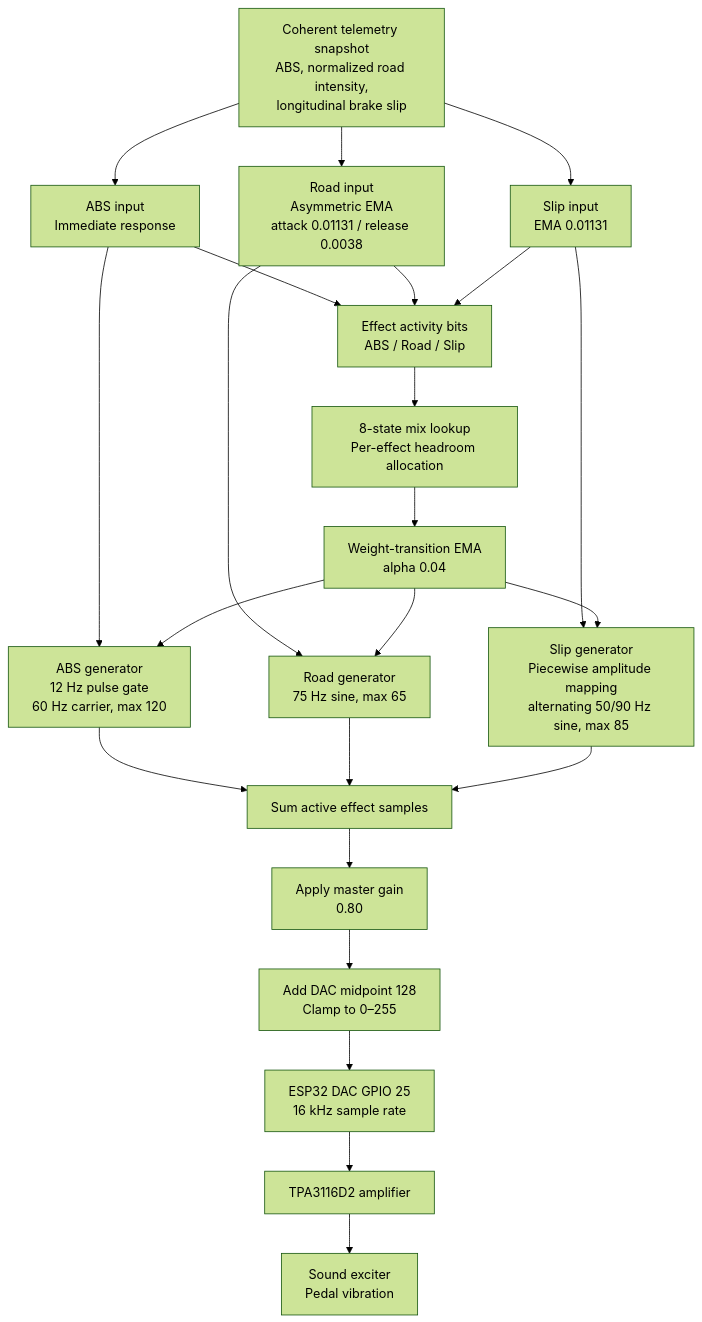
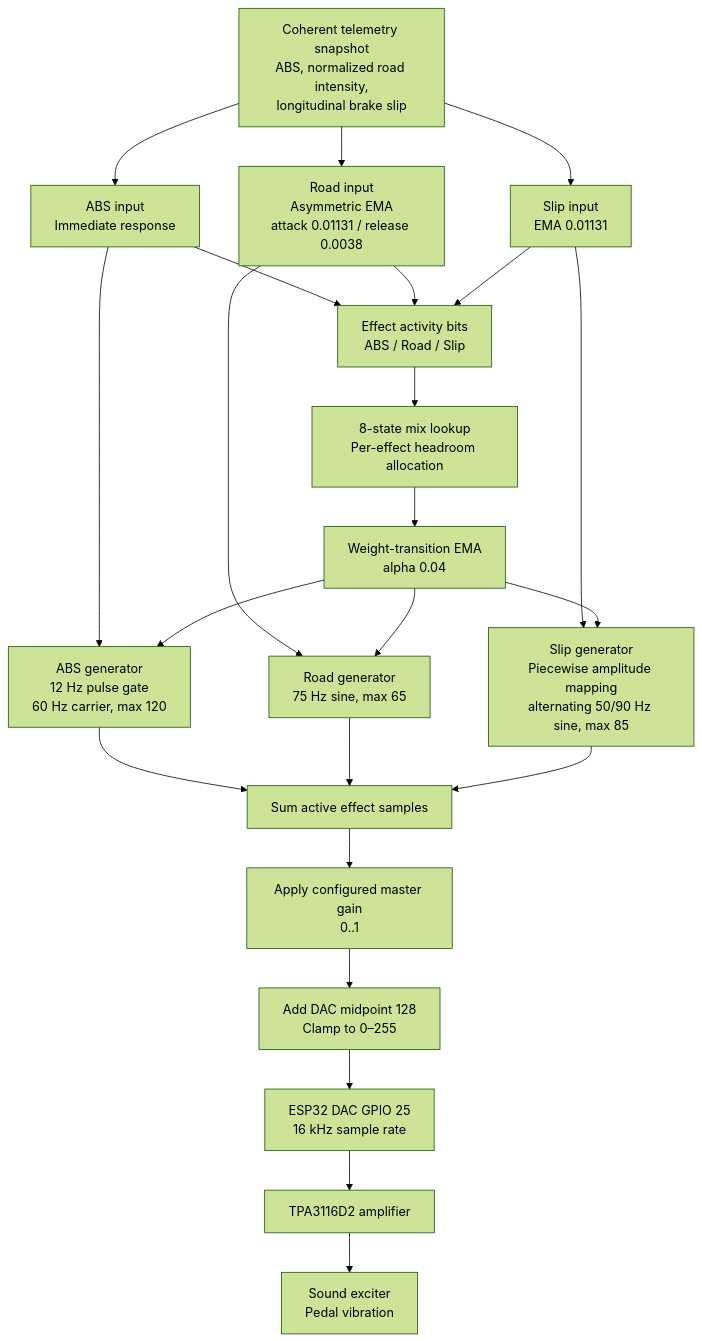
One commit to tminh-U/DIY-Haptic-Motor-for-Pedals changed the diagram in docs/design.md. Above: the diagram before and after it, drawn with Mermaid (forest theme). The commit also changed other lines of this file and 9 other files, not shown here.

````diff
--- a/docs/design.md
+++ b/docs/design.md
@@ -4,31 +4,31 @@
 ```mermaid
 flowchart TD
     T["Coherent telemetry snapshot<br/>ABS, normalized road intensity,<br/>longitudinal brake slip"]
 
     T --> A0["ABS input<br/>Immediate response"]
     T --> R0["Road input<br/>Asymmetric EMA<br/>attack 0.01131 / release 0.0038"]
     T --> S0["Slip input<br/>EMA 0.01131"]
 
     A0 --> B["Effect activity bits<br/>ABS / Road / Slip"]
     R0 --> B
     S0 --> B
     B --> W["8-state mix lookup<br/>Per-effect headroom allocation"]
     W --> WS["Weight-transition EMA<br/>alpha 0.04"]
 
     A0 --> A1["ABS generator<br/>12 Hz pulse gate<br/>60 Hz carrier, max 120"]
     R0 --> R1["Road generator<br/>75 Hz sine, max 65"]
     S0 --> S1["Slip generator<br/>Piecewise amplitude mapping<br/>alternating 50/90 Hz sine, max 85"]
 
     WS --> A1
     WS --> R1
     WS --> S1
 
     A1 --> M["Sum active effect samples"]
     R1 --> M
     S1 --> M
-    M --> G["Apply master gain<br/>0.80"]
+    M --> G["Apply configured master gain<br/>0..1"]
     G --> O["Add DAC midpoint 128<br/>Clamp to 0–255"]
     O --> D["ESP32 DAC GPIO 25<br/>16 kHz sample rate"]
     D --> AMP["TPA3116D2 amplifier"]
     AMP --> E["Sound exciter<br/>Pedal vibration"]
 ```
````
